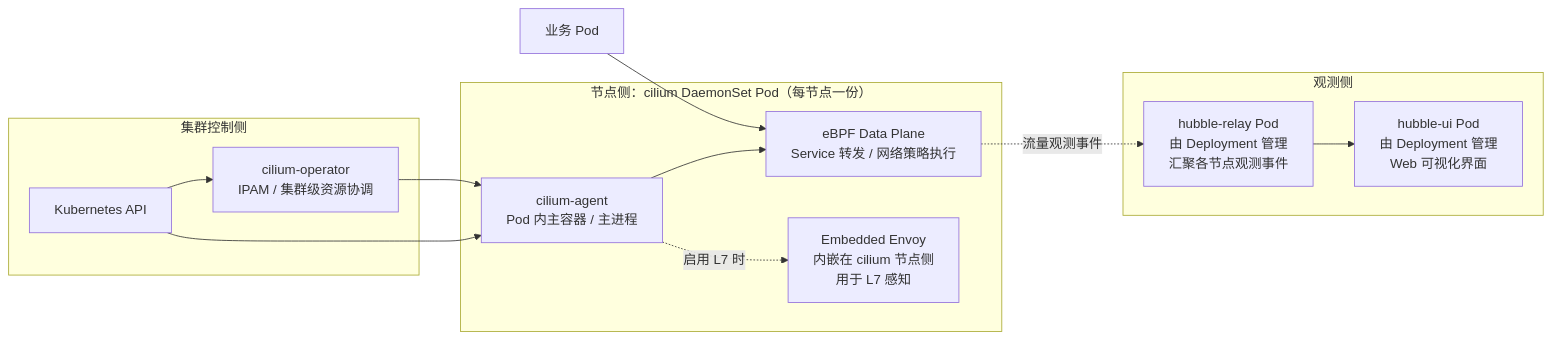
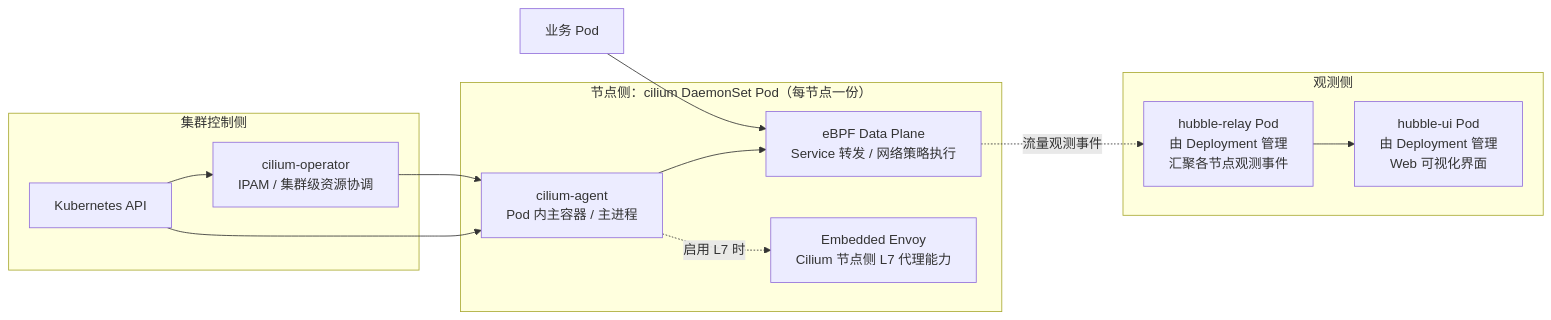
One commit to hwang-protocol/docker_k8s_2026 changed the second of 8 diagrams in k8s/02-cloud-native-networking/docs/03_install_cilium.md. Above: the diagram before and after it, drawn with Mermaid. The commit also changed other lines of this file, not shown here.

````diff
--- a/k8s/02-cloud-native-networking/docs/03_install_cilium.md
+++ b/k8s/02-cloud-native-networking/docs/03_install_cilium.md
@@ -51,31 +51,31 @@
 ```mermaid
 flowchart LR
   pod[业务 Pod]
 
   subgraph node["节点侧：cilium DaemonSet Pod（每节点一份）"]
     agent[cilium-agent<br/>Pod 内主容器 / 主进程]
     bpf[eBPF Data Plane<br/>Service 转发 / 网络策略执行]
-    envoy[Embedded Envoy<br/>内嵌在 cilium 节点侧<br/>用于 L7 感知]
+    envoy[Embedded Envoy<br/>Cilium 节点侧 L7 代理能力]
 
     agent --> bpf
     agent -. 启用 L7 时 .-> envoy
   end
 
   subgraph control["集群控制侧"]
     operator[cilium-operator<br/>IPAM / 集群级资源协调]
     api[Kubernetes API]
   end
 
   subgraph observe["观测侧"]
     relay[hubble-relay Pod<br/>由 Deployment 管理<br/>汇聚各节点观测事件]
     ui[hubble-ui Pod<br/>由 Deployment 管理<br/>Web 可视化界面]
   end
 
   pod --> bpf
 
   api --> operator
   api --> agent
   operator --> agent
   bpf -. 流量观测事件 .-> relay
   relay --> ui
 ```
````
